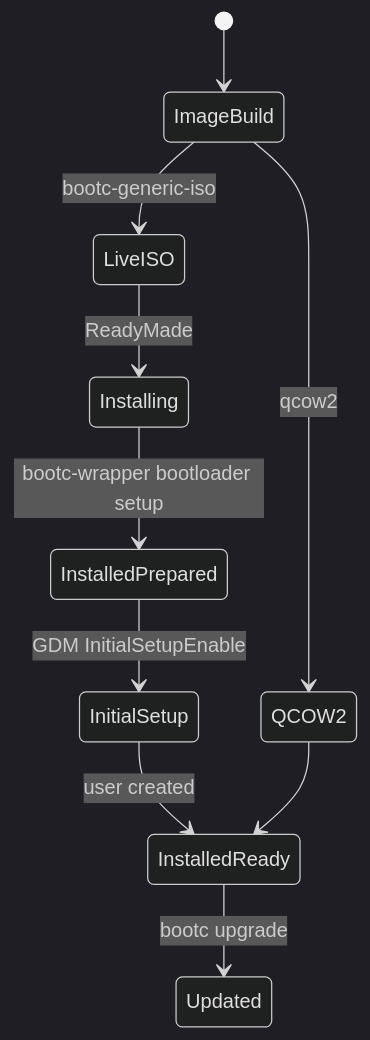
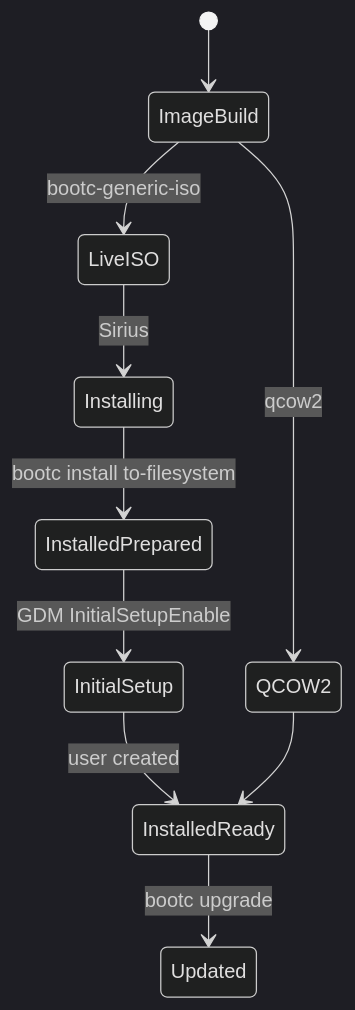
Diagram 13 of 14 in ARCHITECTURE.md (luminusOS/images), drawn with Mermaid (dark theme) before and after one commit. The commit also changed other lines of this file and 48 other files, not shown here.

First line of the commit message:
feat!: migrate the live ISO installer from ReadyMade to Sirius

````diff
--- a/ARCHITECTURE.md
+++ b/ARCHITECTURE.md
@@ -632,12 +577,12 @@
 ```mermaid
 stateDiagram-v2
     [*] --> ImageBuild
     ImageBuild --> LiveISO: bootc-generic-iso
     ImageBuild --> QCOW2: qcow2
-    LiveISO --> Installing: ReadyMade
-    Installing --> InstalledPrepared: bootc-wrapper bootloader setup
+    LiveISO --> Installing: Sirius
+    Installing --> InstalledPrepared: bootc install to-filesystem
     InstalledPrepared --> InitialSetup: GDM InitialSetupEnable
     InitialSetup --> InstalledReady: user created
     QCOW2 --> InstalledReady
     InstalledReady --> Updated: bootc upgrade
 ```
````
